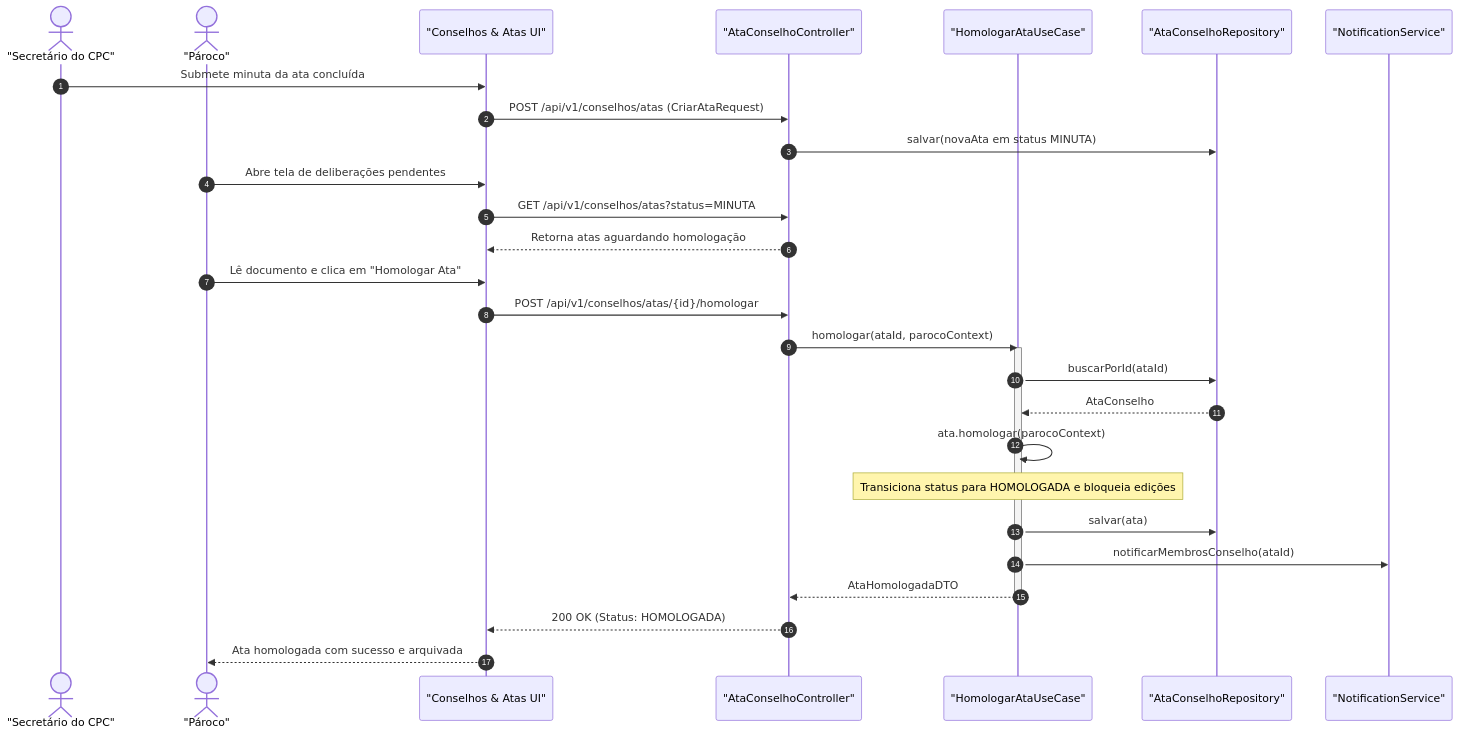
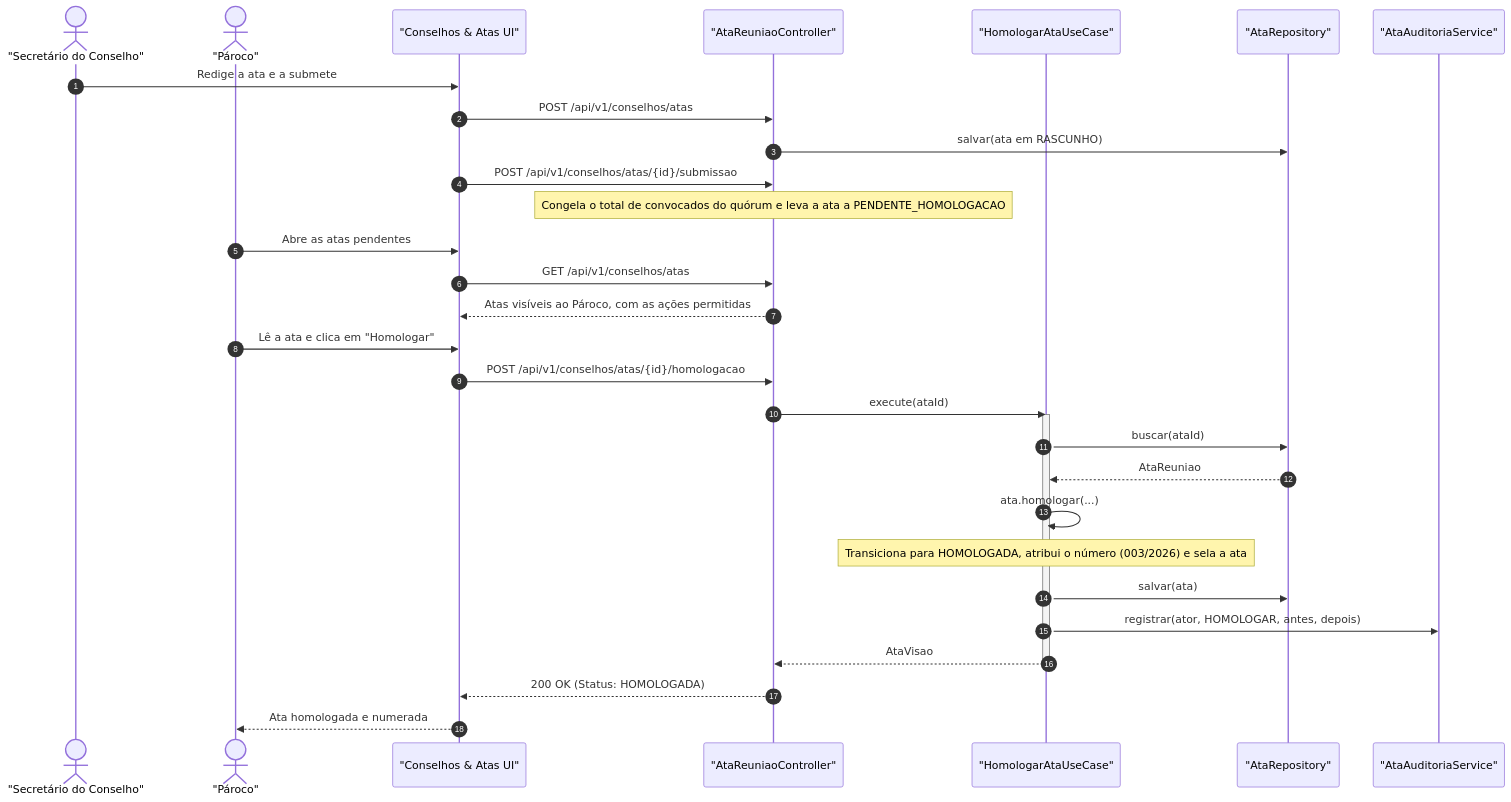
One commit to BrunoLV/paroquia changed the third of 3 diagrams in docs/guide/fluxos-sequencia.md. Above: the diagram before and after it, drawn with Mermaid. The commit also changed other lines of this file and 283 other files, not shown here.

First line of the commit message:
feat(conselho): atas de reuniao por tipo, homologacao, exportacao e auditoria (v0.12.0) (#27)

````diff
--- a/docs/guide/fluxos-sequencia.md
+++ b/docs/guide/fluxos-sequencia.md
@@ -116,38 +116,38 @@
 ```mermaid
 sequenceDiagram
     autonumber
-    actor Secretario as "Secretário do CPC"
+    actor Secretario as "Secretário do Conselho"
     actor Paroco as "Pároco"
     participant UI as "Conselhos & Atas UI"
-    participant Controller as "AtaConselhoController"
+    participant Controller as "AtaReuniaoController"
     participant UseCase as "HomologarAtaUseCase"
-    participant AtaRepo as "AtaConselhoRepository"
-    participant Notifier as "NotificationService"
+    participant AtaRepo as "AtaRepository"
+    participant Auditoria as "AtaAuditoriaService"
 
-    Secretario->>UI: Submete minuta da ata concluída
-    UI->>Controller: POST /api/v1/conselhos/atas (CriarAtaRequest)
-    Controller->>AtaRepo: salvar(novaAta em status MINUTA)
+    Secretario->>UI: Redige a ata e a submete
+    UI->>Controller: POST /api/v1/conselhos/atas
+    Controller->>AtaRepo: salvar(ata em RASCUNHO)
+    UI->>Controller: POST /api/v1/conselhos/atas/{id}/submissao
+    Note over Controller: Congela o total de convocados do quórum e leva a ata a PENDENTE_HOMOLOGACAO
 
-    Paroco->>UI: Abre tela de deliberações pendentes
-    UI->>Controller: GET /api/v1/conselhos/atas?status=MINUTA
-    Controller-->>UI: Retorna atas aguardando homologação
+    Paroco->>UI: Abre as atas pendentes
+    UI->>Controller: GET /api/v1/conselhos/atas
+    Controller-->>UI: Atas visíveis ao Pároco, com as ações permitidas
 
-    Paroco->>UI: Lê documento e clica em "Homologar Ata"
-    UI->>Controller: POST /api/v1/conselhos/atas/{id}/homologar
-    Controller->>UseCase: homologar(ataId, parocoContext)
+    Paroco->>UI: Lê a ata e clica em "Homologar"
+    UI->>Controller: POST /api/v1/conselhos/atas/{id}/homologacao
+    Controller->>UseCase: execute(ataId)
 
     activate UseCase
-    UseCase->>AtaRepo: buscarPorId(ataId)
-    AtaRepo-->>UseCase: AtaConselho
-    
-    UseCase->>UseCase: ata.homologar(parocoContext)
-    Note over UseCase: Transiciona status para HOMOLOGADA e bloqueia edições
-
+    UseCase->>AtaRepo: buscar(ataId)
+    AtaRepo-->>UseCase: AtaReuniao
+    UseCase->>UseCase: ata.homologar(...)
+    Note over UseCase: Transiciona para HOMOLOGADA, atribui o número (003/2026) e sela a ata
     UseCase->>AtaRepo: salvar(ata)
-    UseCase->>Notifier: notificarMembrosConselho(ataId)
-    UseCase-->>Controller: AtaHomologadaDTO
+    UseCase->>Auditoria: registrar(ator, HOMOLOGAR, antes, depois)
+    UseCase-->>Controller: AtaVisao
     deactivate UseCase
 
     Controller-->>UI: 200 OK (Status: HOMOLOGADA)
-    UI-->>Paroco: Ata homologada com sucesso e arquivada
+    UI-->>Paroco: Ata homologada e numerada
 ```
````
